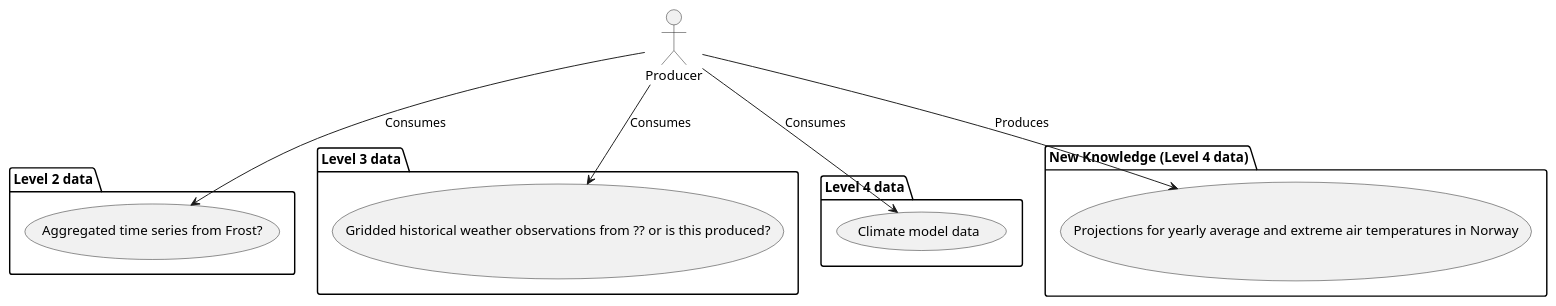
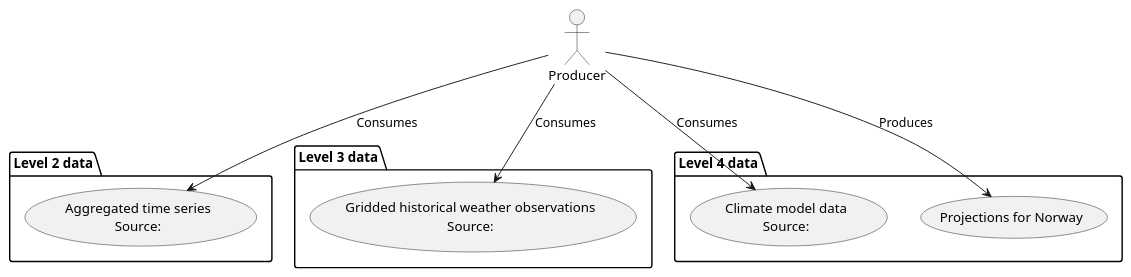
One commit to metno/S-ENDA-documentation changed the diagram in source/air_temperature_projection_producer.puml. Above: the diagram before and after it, drawn with PlantUML. The commit also changed 3 other files, not shown here.

```diff
--- a/source/air_temperature_projection_producer.puml
+++ b/source/air_temperature_projection_producer.puml
@@ -1,25 +1,22 @@
 @startuml
 
 package "Level 2 data" as L2 {
-  (Aggregated time series from Frost?) as (CD2)
+  (Aggregated time series\nSource:) as (CD2)
 }
 package "Level 3 data" as L3 {
-  (Gridded historical weather observations from ?? or is this produced?) as (CD3)
+  (Gridded historical weather observations\nSource:) as (CD3)
 }
 
 package "Level 4 data" as L4 {
-  (Climate model data) as (CD4)
-}
-
-package "New Knowledge (Level 4 data)" {
-  (Projections for yearly average and extreme air temperatures in Norway) as NK 
+  (Climate model data\nSource:) as (CD4)
+  (Projections for Norway) as NK 
 }
 
 actor "Producer" as Producer
 
 Producer --> (CD2) : Consumes
 Producer --> (CD3) : Consumes
 Producer --> (CD4) : Consumes
 Producer --> (NK)  : Produces
 
 @enduml
```
